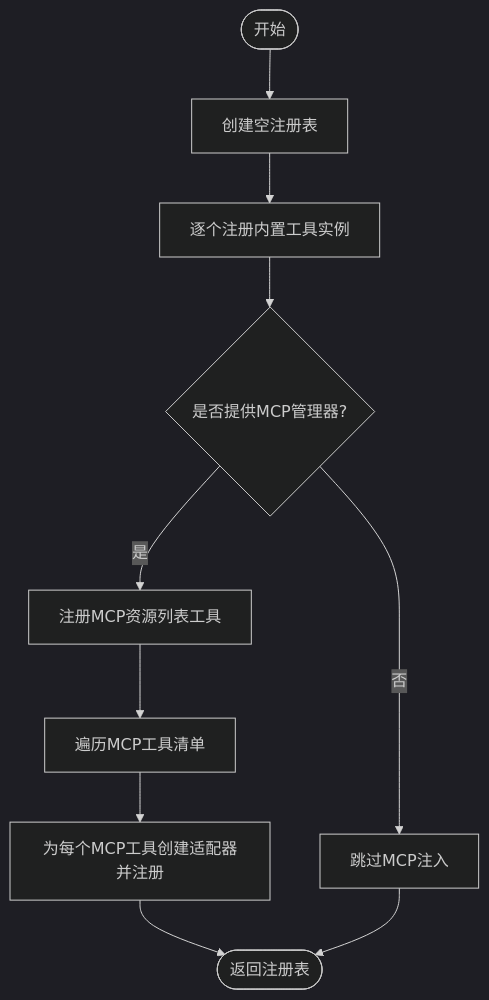
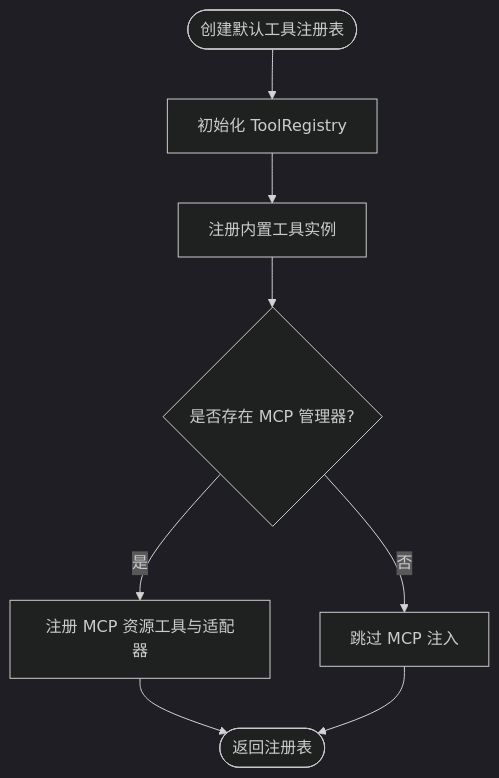
Before and after one commit to haolange/OpenHarness: the fourth of 8 diagrams in .qoder/repowiki/zh/content/核心概念/工具系统架构.md, drawn with Mermaid (dark theme). The commit also changed other lines of this file and 222 other files, not shown here.

````diff
--- a/.qoder/repowiki/zh/content/核心概念/工具系统架构.md
+++ b/.qoder/repowiki/zh/content/核心概念/工具系统架构.md
@@ -183,12 +207,10 @@
 ```mermaid
 flowchart TD
-Start(["开始"]) --> NewReg["创建空注册表"]
-NewReg --> AddBuiltin["逐个注册内置工具实例"]
-AddBuiltin --> HasMCP{"是否提供MCP管理器?"}
-HasMCP --> |是| AddMCPRes["注册MCP资源列表工具"]
-AddMCPRes --> ListTools["遍历MCP工具清单"]
-ListTools --> AddAdapters["为每个MCP工具创建适配器并注册"]
-HasMCP --> |否| SkipMCP["跳过MCP注入"]
-AddAdapters --> Done(["返回注册表"])
+Start(["创建默认工具注册表"]) --> Init["初始化 ToolRegistry"]
+Init --> AddBuiltins["注册内置工具实例"]
+AddBuiltins --> CheckMCP{"是否存在 MCP 管理器?"}
+CheckMCP --> |是| AddMCP["注册 MCP 资源工具与适配器"]
+CheckMCP --> |否| SkipMCP["跳过 MCP 注入"]
+AddMCP --> Done(["返回注册表"])
 SkipMCP --> Done
 ```
````
